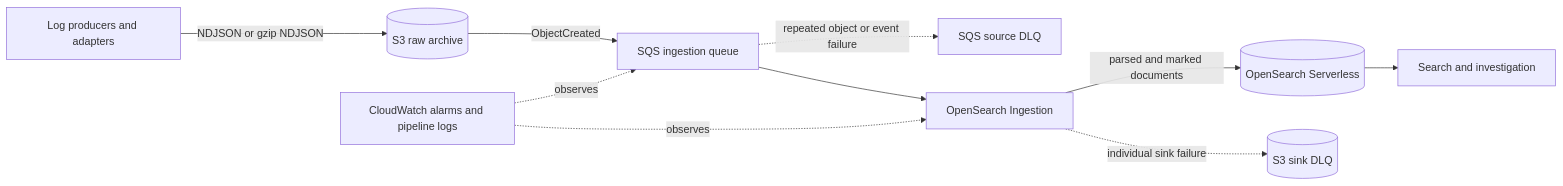
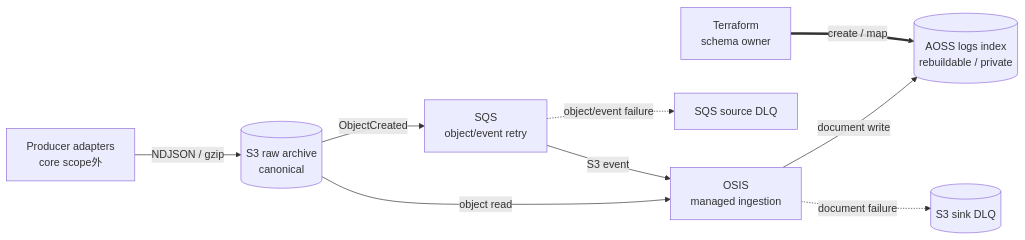
The diagram in README.md (sudoworks-lab/aws-log-platform), drawn with Mermaid before and after one commit. The commit also changed other lines of this file and 4 other files, not shown here.

````diff
--- a/README.md
+++ b/README.md
@@ -40,12 +17,11 @@
 ```mermaid
 flowchart LR
-    P[Log producers and adapters] -->|NDJSON or gzip NDJSON| S3[(S3 raw archive)]
-    S3 -->|ObjectCreated| Q[SQS ingestion queue]
-    Q -. repeated object or event failure .-> SDLQ[SQS source DLQ]
-    Q --> OSIS[OpenSearch Ingestion]
-    OSIS -->|parsed and marked documents| AOSS[(OpenSearch Serverless)]
-    OSIS -. individual sink failure .-> ODLQ[(S3 sink DLQ)]
-    AOSS --> U[Search and investigation]
-    CW[CloudWatch alarms and pipeline logs] -. observes .-> Q
-    CW -. observes .-> OSIS
+    P["Producer adapters<br/>core scope外"] -->|NDJSON / gzip| S3[("S3 raw archive<br/>canonical")]
+    S3 -->|ObjectCreated| Q["SQS<br/>object/event retry"]
+    S3 -->|object read| O["OSIS<br/>managed ingestion"]
+    Q -->|S3 event| O
+    O -->|document write| A[("AOSS logs index<br/>rebuildable / private")]
+    Q -.->|object/event failure| SD["SQS source DLQ"]
+    O -.->|document failure| DD[("S3 sink DLQ")]
+    T["Terraform<br/>schema owner"] ==>|create / map| A
 ```
````
